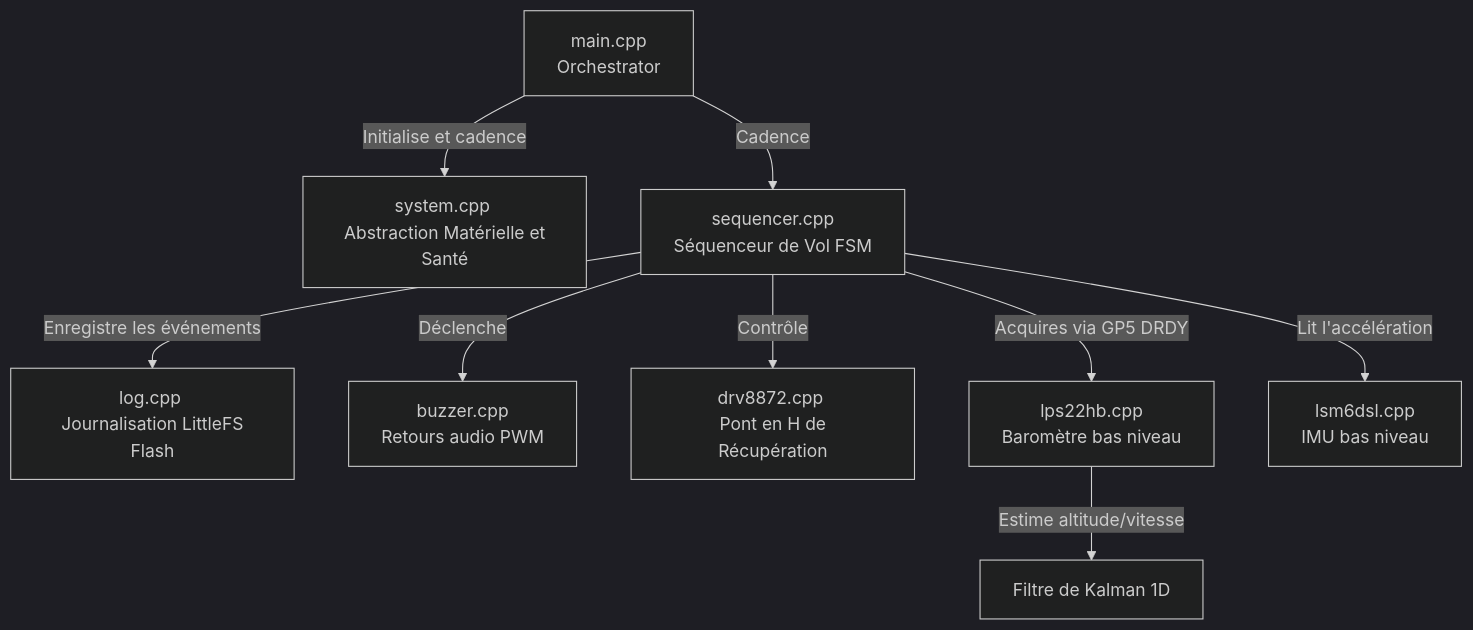
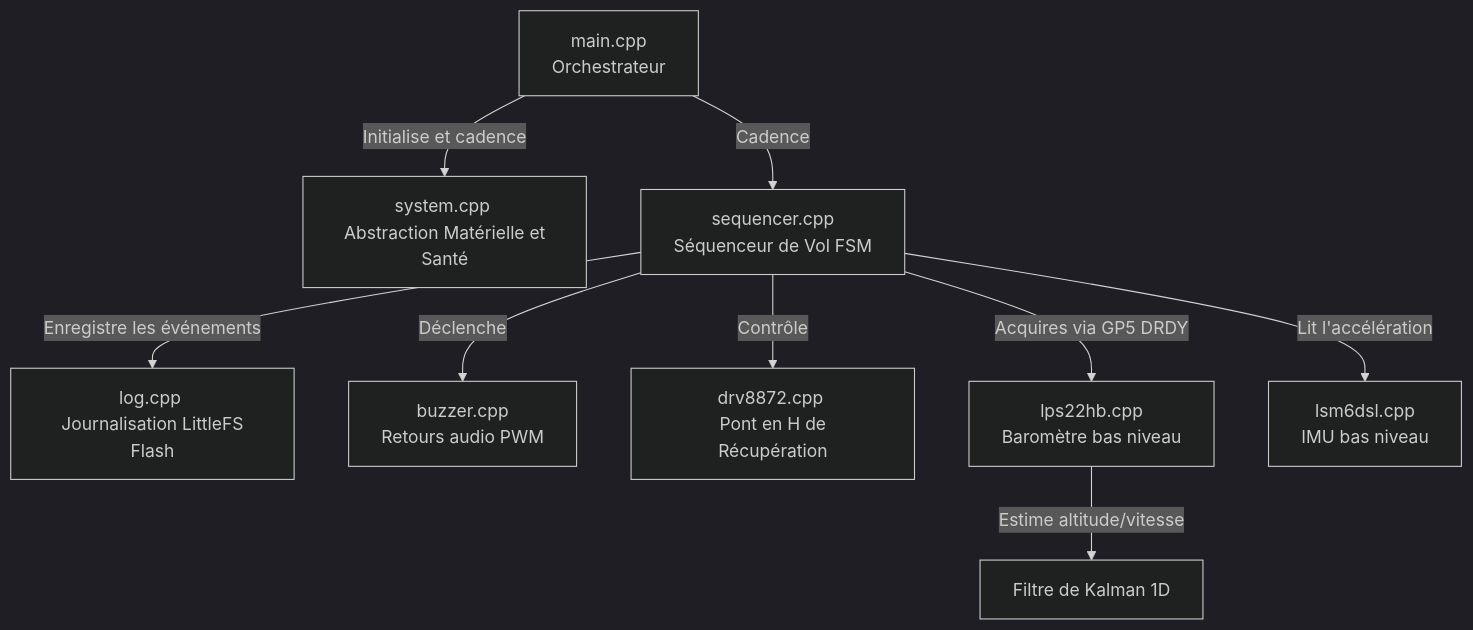
The diagram in README.md (axpaul/FlightSoftware-Mastodonte), drawn with Mermaid (dark theme) before and after one commit. The commit also changed other lines of this file, not shown here.

Commit message:
docs: enrichissement des descriptions techniques et de l'architecture logicielle

````diff
--- a/README.md
+++ b/README.md
@@ -37,11 +36,11 @@
 ```mermaid
 graph TD
-    Main[main.cpp <br/> Orchestrator] -->|Initialise et cadence| Sys[system.cpp <br/> Abstraction Matérielle et Santé]
+    Main[main.cpp <br/> Orchestrateur] -->|Initialise et cadence| Sys[system.cpp <br/> Abstraction Matérielle et Santé]
     Main -->|Cadence| Seq[sequencer.cpp <br/> Séquenceur de Vol FSM]
     Seq -->|Enregistre les événements| Log[log.cpp <br/> Journalisation LittleFS Flash]
     Seq -->|Déclenche| Buzzer[buzzer.cpp <br/> Retours audio PWM]
     Seq -->|Contrôle| Motors[drv8872.cpp <br/> Pont en H de Récupération]
     Seq -->|Acquires via GP5 DRDY| Baro[lps22hb.cpp <br/> Baromètre bas niveau]
     Baro -->|Estime altitude/vitesse| Kalman[Filtre de Kalman 1D]
     Seq -->|Lit l'accélération| IMU[lsm6dsl.cpp <br/> IMU bas niveau]
 ```
````
